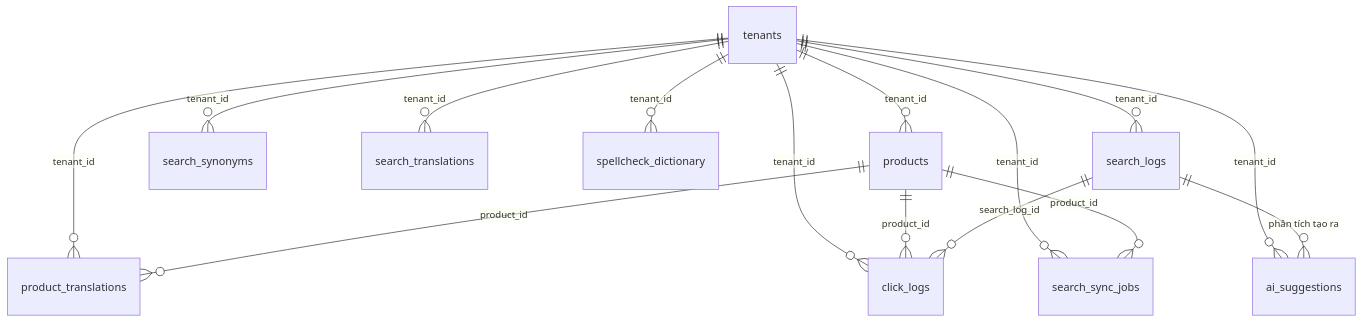
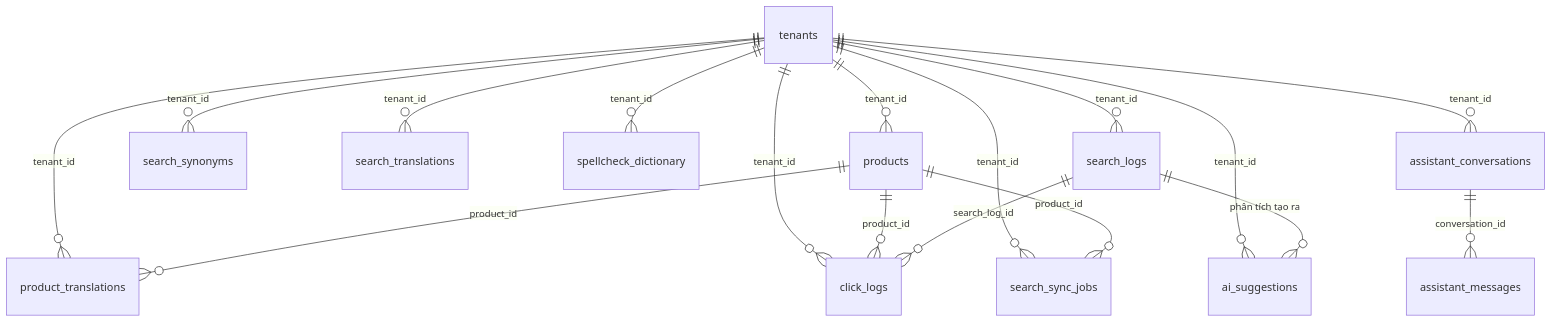
One commit to PhamHao1412/search-engine changed the diagram in sa/02-erd.md. Above: the diagram before and after it, drawn with Mermaid. The commit also changed other lines of this file and 15 other files, not shown here.

````diff
--- a/sa/02-erd.md
+++ b/sa/02-erd.md
@@ -177,19 +205,22 @@
 ```mermaid
 erDiagram
     tenants ||--o{ products : "tenant_id"
     tenants ||--o{ product_translations : "tenant_id"
     tenants ||--o{ search_synonyms : "tenant_id"
     tenants ||--o{ search_translations : "tenant_id"
     tenants ||--o{ spellcheck_dictionary : "tenant_id"
     tenants ||--o{ search_logs : "tenant_id"
     tenants ||--o{ click_logs : "tenant_id"
     tenants ||--o{ ai_suggestions : "tenant_id"
     tenants ||--o{ search_sync_jobs : "tenant_id"
+    tenants ||--o{ assistant_conversations : "tenant_id"
+
+    assistant_conversations ||--o{ assistant_messages : "conversation_id"
 
     products ||--o{ product_translations : "product_id"
     products ||--o{ click_logs : "product_id"
     products ||--o{ search_sync_jobs : "product_id"
 
     search_logs ||--o{ click_logs : "search_log_id"
     search_logs ||--o{ ai_suggestions : "phân tích tạo ra"
 ```
````
